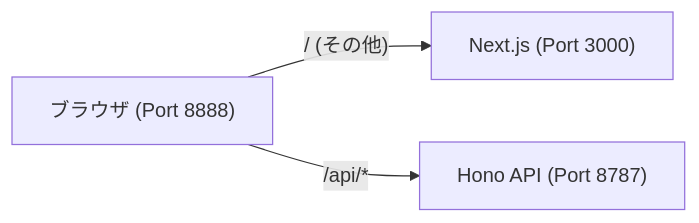
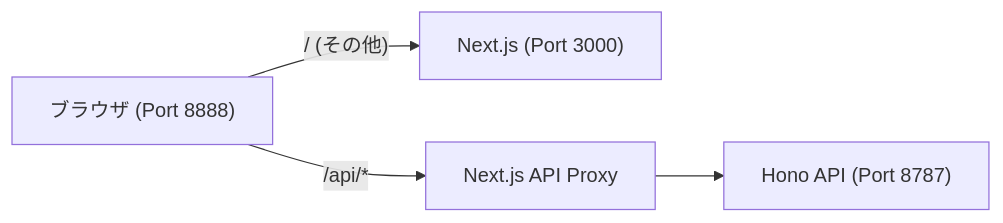
Before and after one commit to oharasystem/next-hono-d1-template: the diagram in README.md, drawn with Mermaid. The commit also changed other lines of this file and 4 other files, not shown here.

````diff
--- a/README.md
+++ b/README.md
@@ -57,5 +80,6 @@
 ```mermaid
 graph LR
     Browser["ブラウザ (Port 8888)"] -- "/ (その他)" --> NextJS["Next.js (Port 3000)"]
-    Browser -- "/api/*" --> Hono["Hono API (Port 8787)"]
+    Browser -- "/api/*" --> Proxy["Next.js API Proxy"]
+    Proxy --> Hono["Hono API (Port 8787)"]
 ```
````
